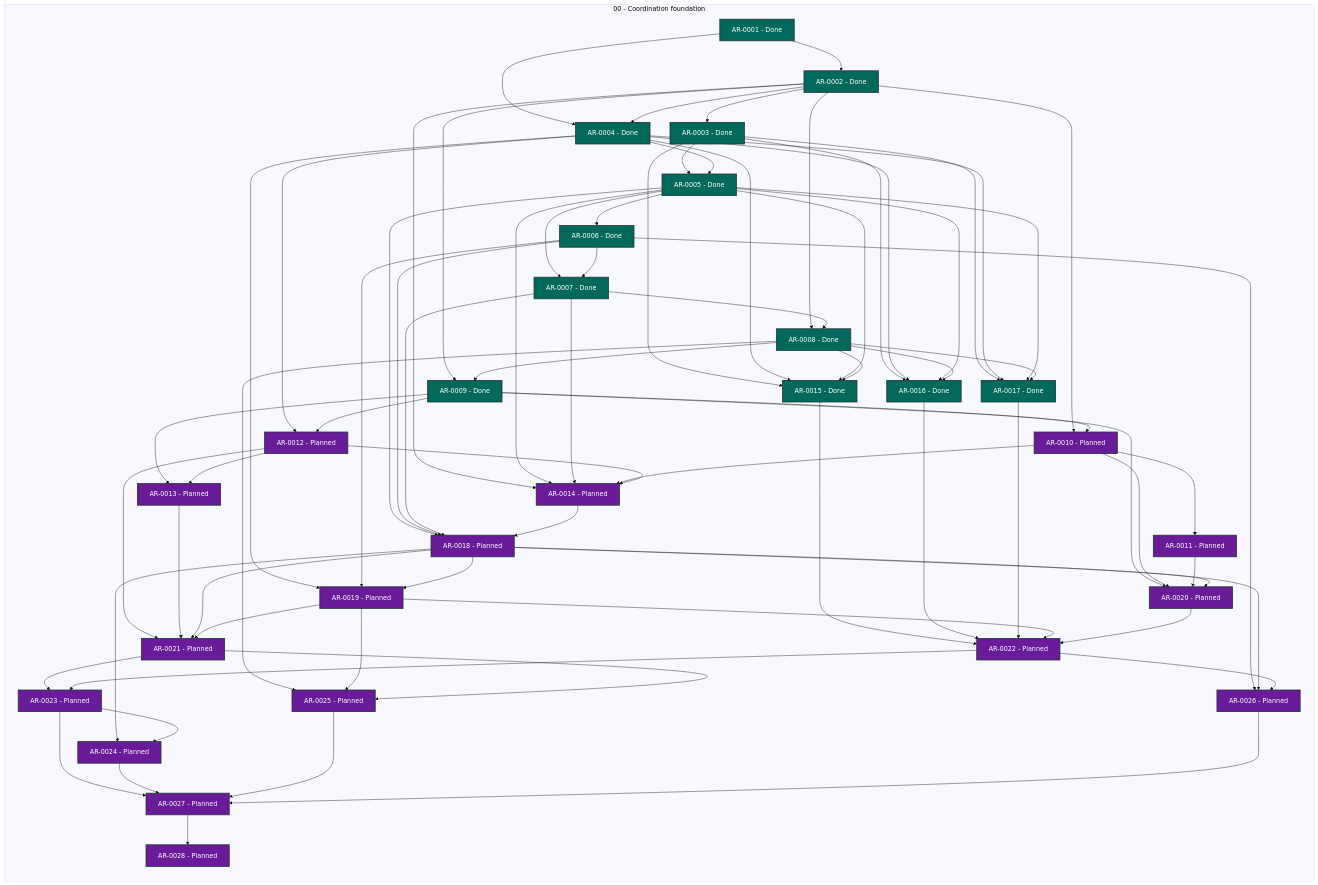
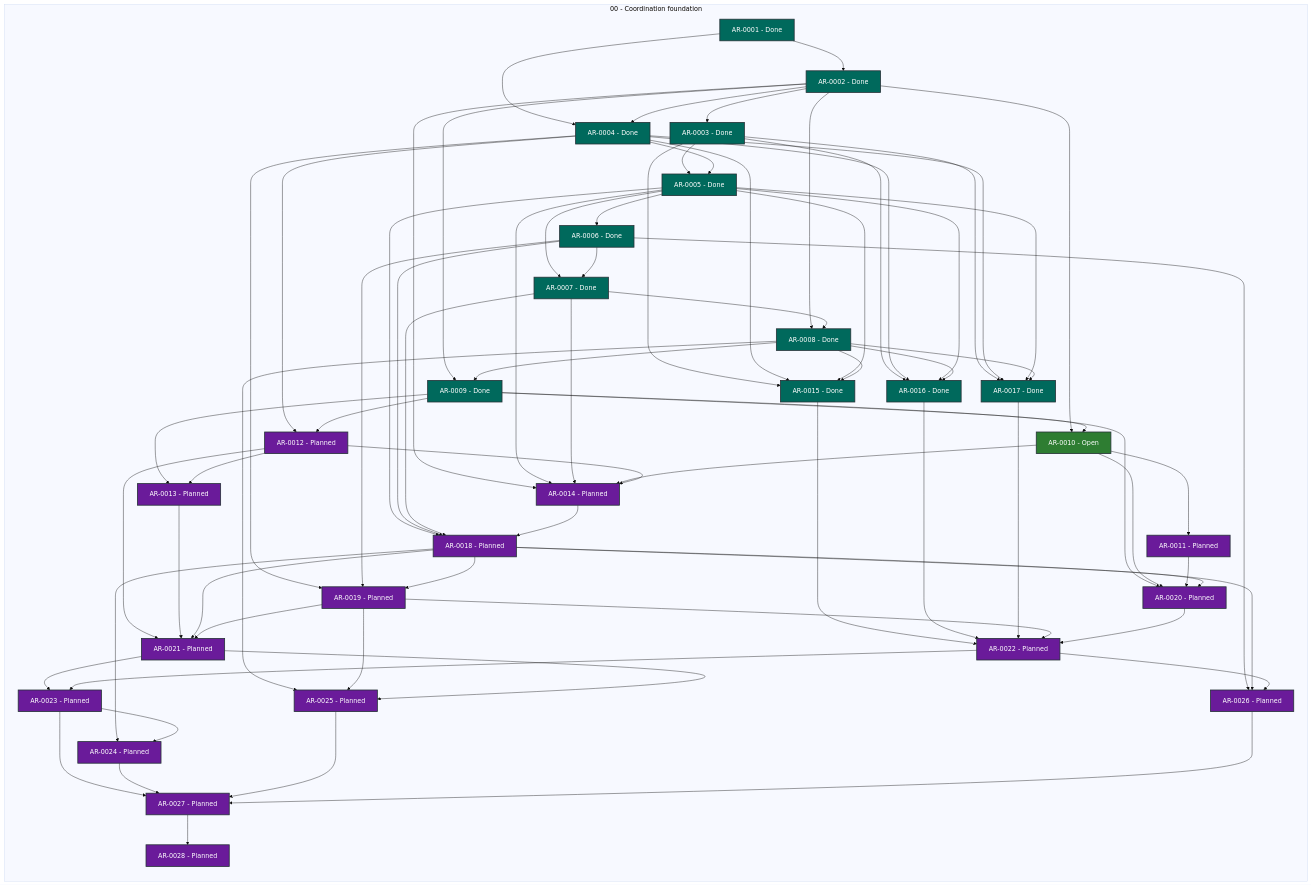
Before and after one commit to martin-beck/agent-workflow-runtime-state: the diagram in STATUS.md, drawn with Mermaid (base theme). The commit also changed other lines of this file and 2 other files, not shown here.

```diff
--- a/STATUS.md
+++ b/STATUS.md
@@ -37,7 +37,7 @@
         AR_0007["AR-0007 - Done"]:::status_done
         AR_0008["AR-0008 - Done"]:::status_done
         AR_0009["AR-0009 - Done"]:::status_done
-        AR_0010["AR-0010 - Planned"]:::status_planned
+        AR_0010["AR-0010 - Open"]:::status_open
         AR_0011["AR-0011 - Planned"]:::status_planned
         AR_0012["AR-0012 - Planned"]:::status_planned
         AR_0013["AR-0013 - Planned"]:::status_planned
```
